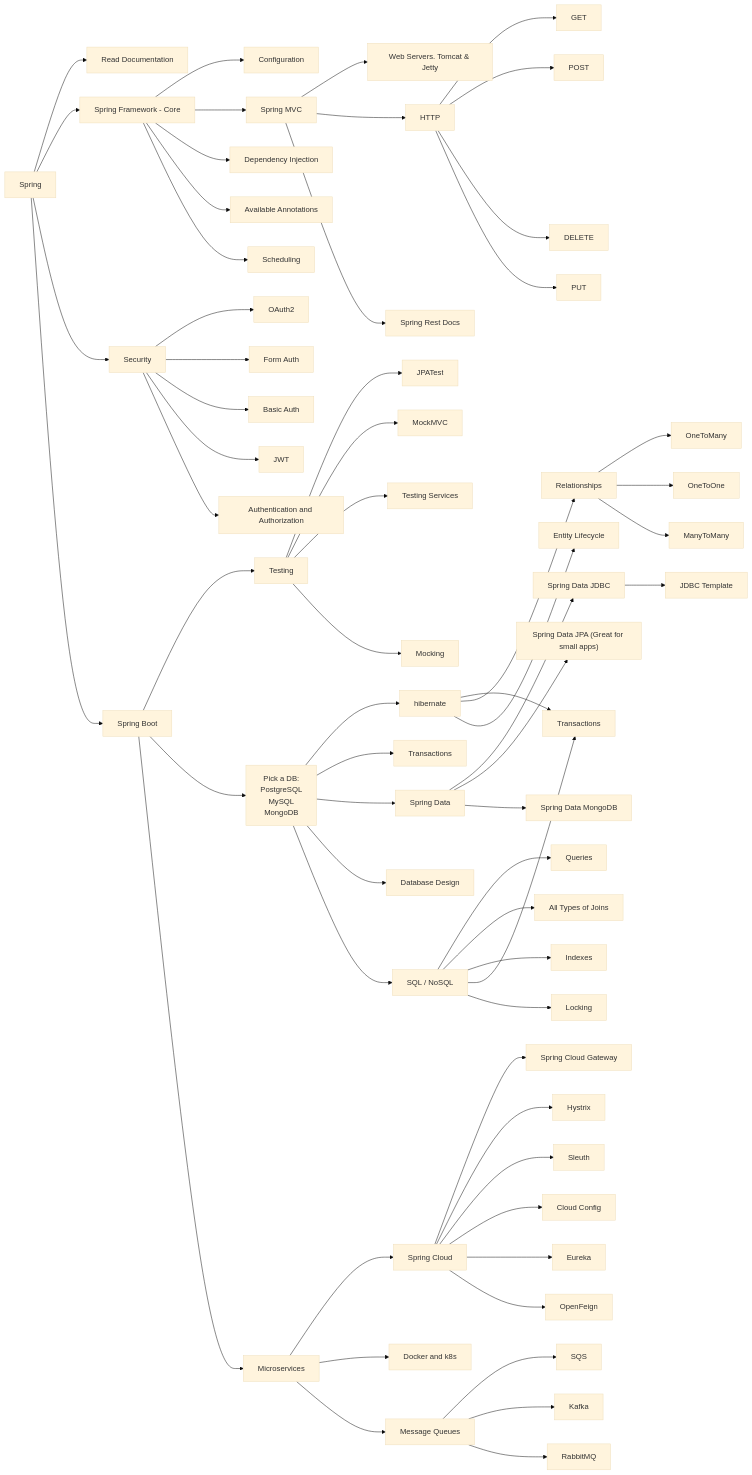
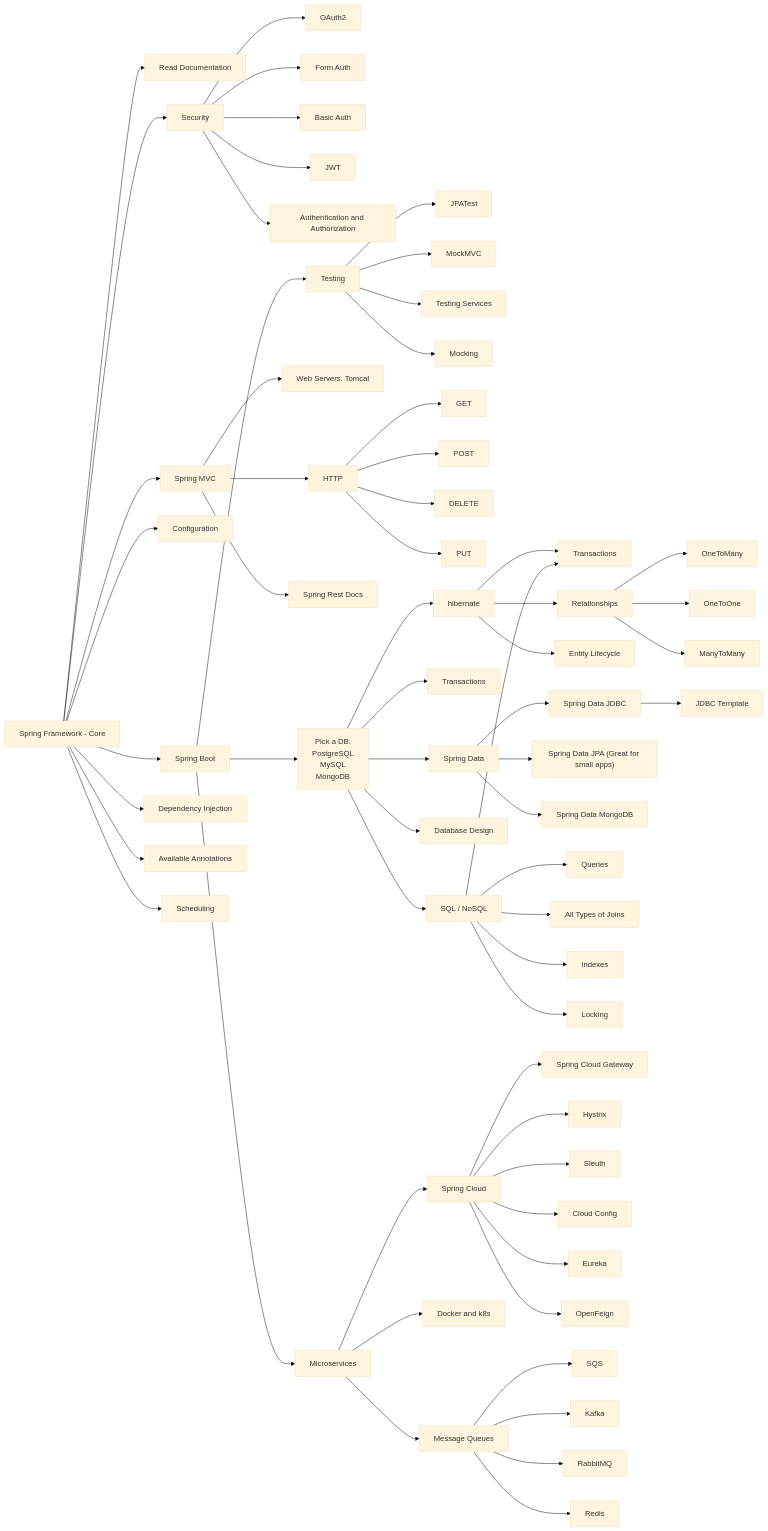
One commit to Bhawna751/Spring-Boot-Notes changed the diagram in README.md. Above: the diagram before and after it, drawn with Mermaid (base theme).

````diff
--- a/README.md
+++ b/README.md
@@ -5,11 +5,11 @@
 ```mermaid
 flowchart LR
-    A["Spring"]
+    
     B["Read Documentation"]
     C["Spring Framework - Core"]
     D["Security"]
     E["Spring Boot"]
-    A --> B & C & D & E
+    C --> B & D & E
 
     F["Configuration"]
     G["Spring MVC"]
@@ -33,7 +33,7 @@
     E --> P
     P --> Q & R & S & T
 
-    Tom["Web Servers. Tomcat & Jetty"]
+    Tom["Web Servers. Tomcat"]
     http["HTTP"]
     get["GET"]
     post["POST"]
@@ -95,6 +95,7 @@
     msg1["SQS"]
     msg2["Kafka"]
     msg3["RabbitMQ"]
+    msg4["Redis"]
     micro --> dock & msg
-    msg --> msg1 & msg2 & msg3
+    msg --> msg1 & msg2 & msg3 & msg4
 ```
````
